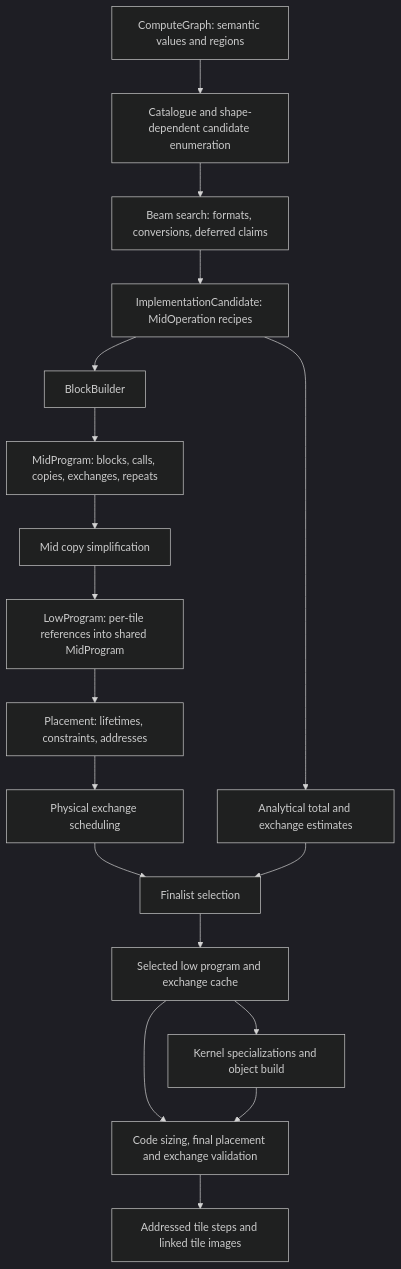
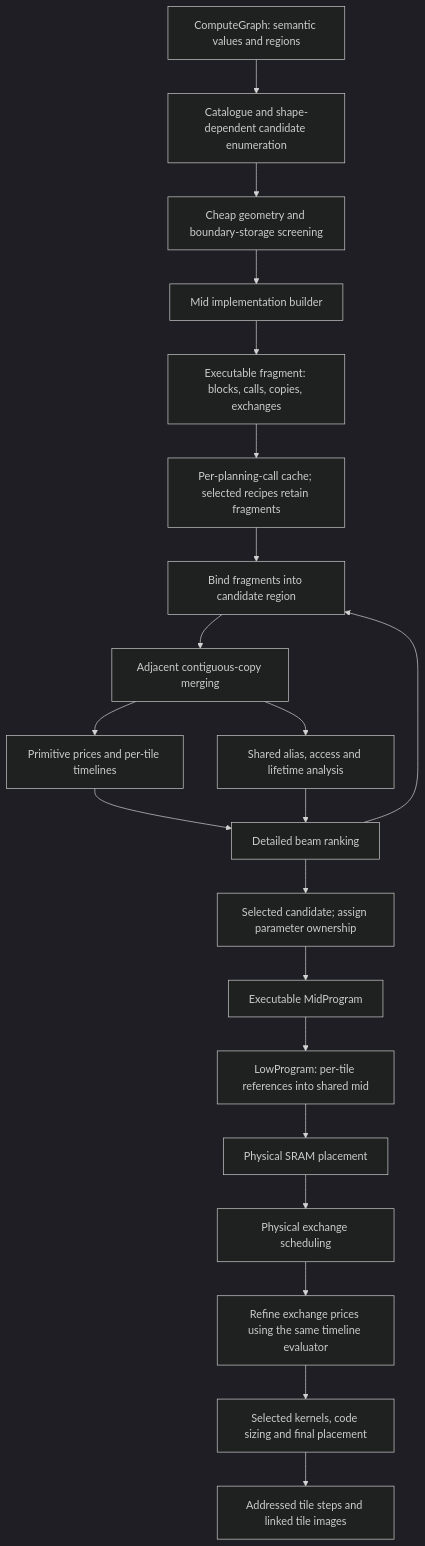
The first of 3 diagrams in docs/COMPILER_DATA_FLOW.md (osmarks/ipu-stack), drawn with Mermaid (dark theme) before and after one commit. The commit also changed other lines of this file and 30 other files, not shown here.

Commit message:
Derive detailed planning costs from executable mid work

````diff
--- a/docs/COMPILER_DATA_FLOW.md
+++ b/docs/COMPILER_DATA_FLOW.md
@@ -14,20 +9,23 @@
 ```mermaid
 flowchart TD
   G[ComputeGraph: semantic values and regions] --> C[Catalogue and shape-dependent candidate enumeration]
-  C --> P[Beam search: formats, conversions, deferred claims]
-  P --> R[ImplementationCandidate: MidOperation recipes]
-  R --> B[BlockBuilder]
-  B --> M[MidProgram: blocks, calls, copies, exchanges, repeats]
-  M --> S[Mid copy simplification]
-  S --> L[LowProgram: per-tile references into shared MidProgram]
-  L --> A[Placement: lifetimes, constraints, addresses]
-  A --> X[Physical exchange scheduling]
-  X --> F[Finalist selection]
-  R --> E[Analytical total and exchange estimates]
-  E --> F
-  F --> Z[Selected low program and exchange cache]
-  Z --> K[Kernel specializations and object build]
-  Z --> Q[Code sizing, final placement and exchange validation]
-  K --> Q
-  Q --> T[Addressed tile steps and linked tile images]
+  C --> H[Cheap geometry and boundary-storage screening]
+  H --> B[Mid implementation builder]
+  B --> M[Executable fragment: blocks, calls, copies, exchanges]
+  M --> CACHE[Per-planning-call cache; selected recipes retain fragments]
+  CACHE --> JOIN[Bind fragments into candidate region]
+  JOIN --> PASS[Adjacent contiguous-copy merging]
+  PASS --> P[Primitive prices and per-tile timelines]
+  PASS --> A[Shared alias, access and lifetime analysis]
+  P --> BEAM[Detailed beam ranking]
+  A --> BEAM
+  BEAM --> JOIN
+  BEAM --> FINAL[Selected candidate; assign parameter ownership]
+  FINAL --> MID[Executable MidProgram]
+  MID --> LOW[LowProgram: per-tile references into shared mid]
+  LOW --> PLACE[Physical SRAM placement]
+  PLACE --> X[Physical exchange scheduling]
+  X --> R[Refine exchange prices using the same timeline evaluator]
+  R --> K[Selected kernels, code sizing and final placement]
+  K --> T[Addressed tile steps and linked tile images]
 ```
````
